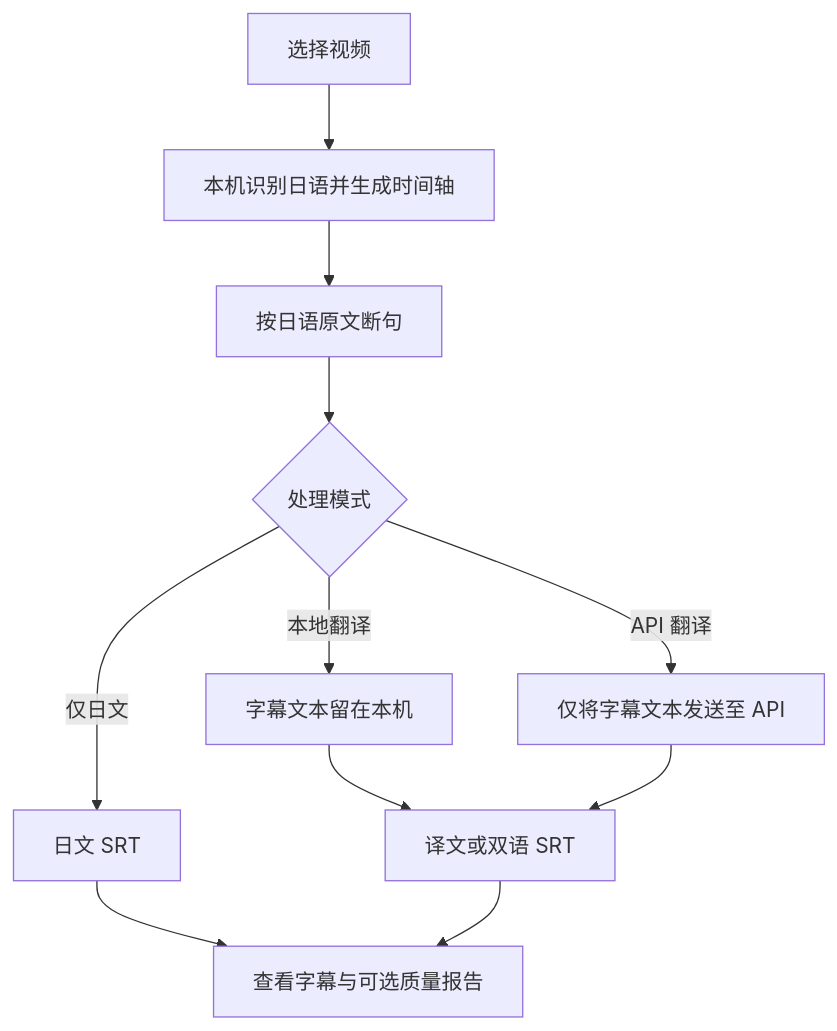
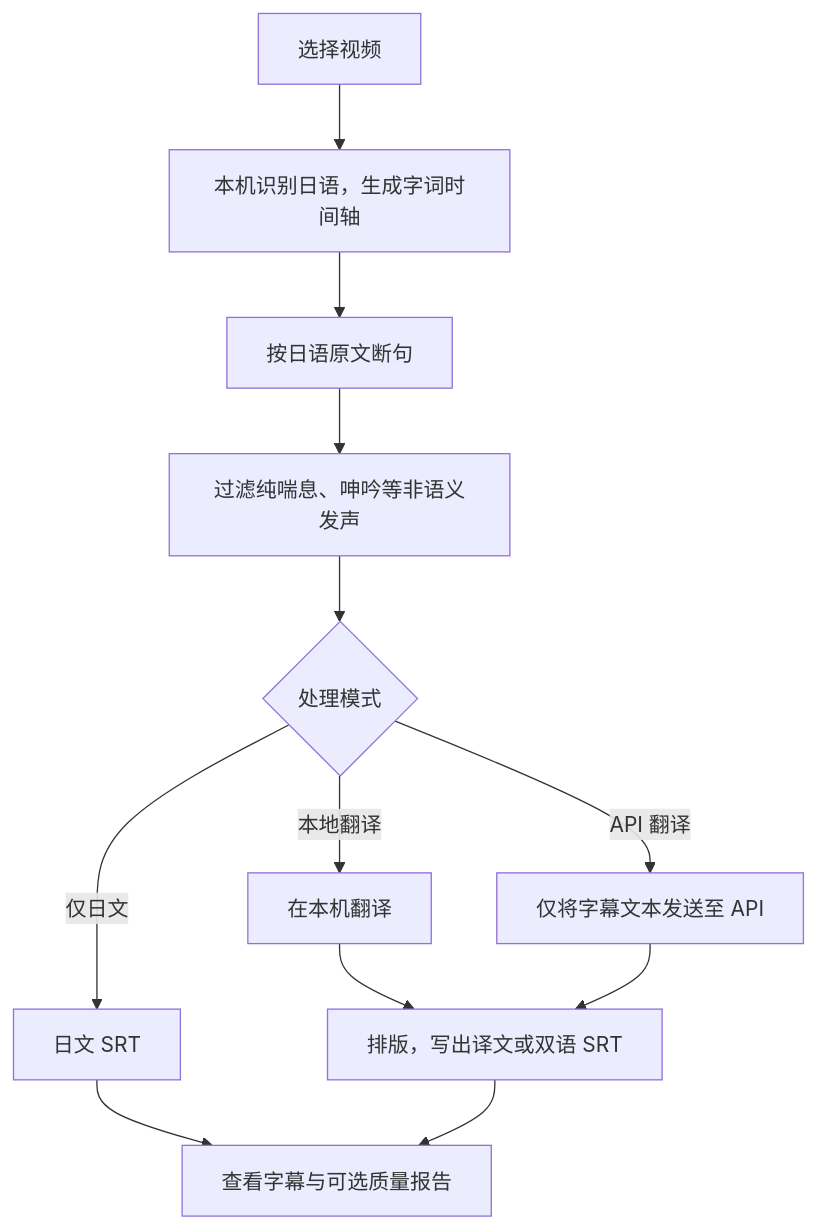
One commit to jaykwok/jav-trans changed the diagram in README.md. Above: the diagram before and after it, drawn with Mermaid. The commit also changed other lines of this file and 7 other files, not shown here.

````diff
--- a/README.md
+++ b/README.md
@@ -100,13 +112,14 @@
 ```mermaid
 flowchart TD
-    A["选择视频"] --> B["本机识别日语并生成时间轴"]
+    A["选择视频"] --> B["本机识别日语，生成字词时间轴"]
     B --> C["按日语原文断句"]
-    C --> D{"处理模式"}
-    D -->|仅日文| E["日文 SRT"]
-    D -->|本地翻译| F["字幕文本留在本机"]
-    D -->|API 翻译| G["仅将字幕文本发送至 API"]
-    F --> H["译文或双语 SRT"]
-    G --> H
-    E --> I["查看字幕与可选质量报告"]
+    C --> D["过滤纯喘息、呻吟等非语义发声"]
+    D --> E{"处理模式"}
+    E -->|仅日文| F["日文 SRT"]
+    E -->|本地翻译| G["在本机翻译"]
+    E -->|API 翻译| H["仅将字幕文本发送至 API"]
+    G --> I["排版，写出译文或双语 SRT"]
     H --> I
+    F --> J["查看字幕与可选质量报告"]
+    I --> J
 ```
````
